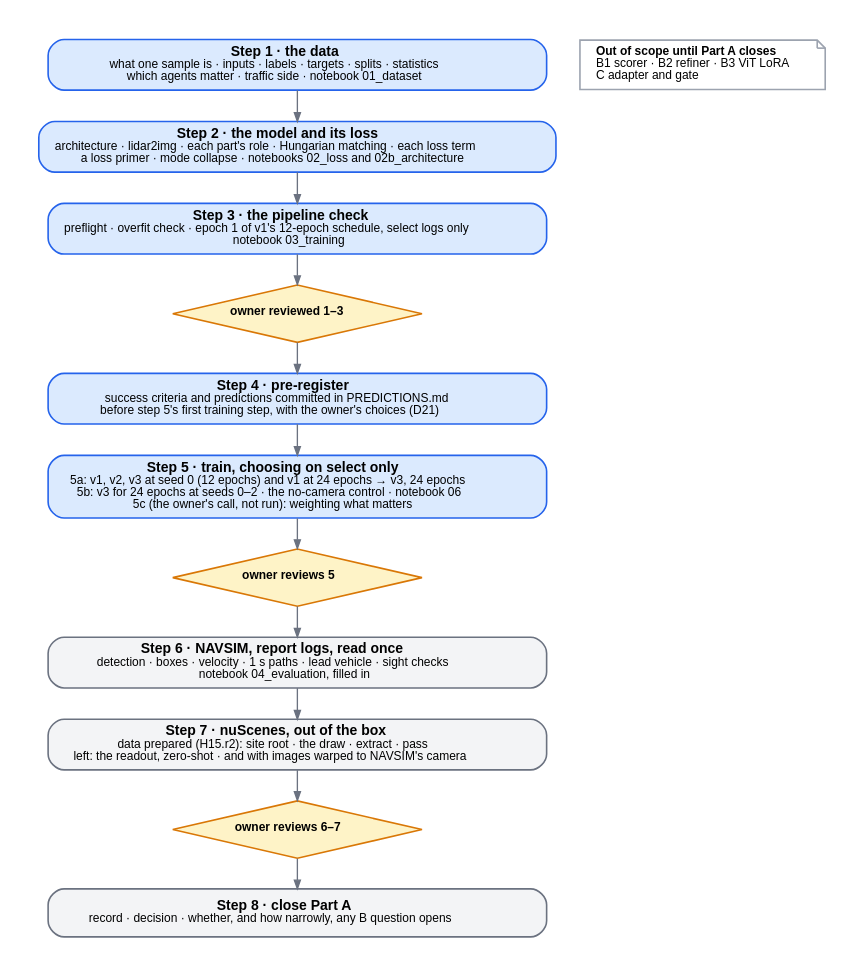
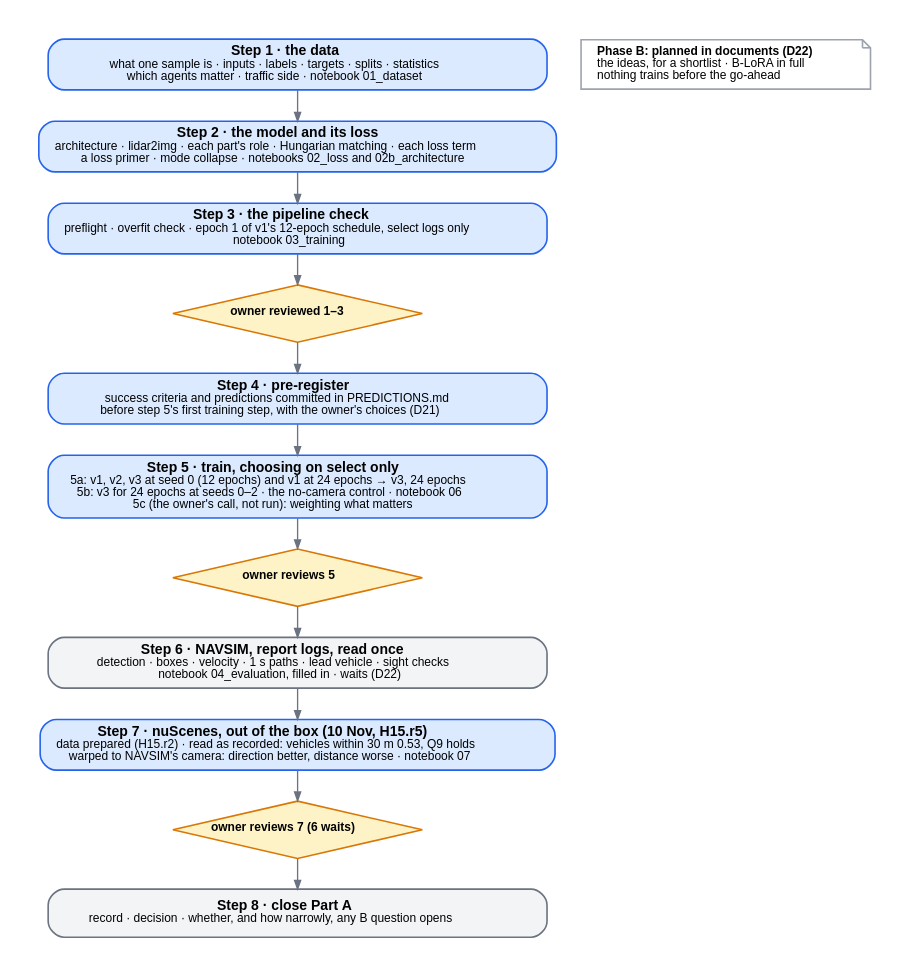
The diagram in experiments/H15_perception_sidecar/figures/part-a-steps.dot (FastCodeAI/Gallops), drawn with Graphviz before and after one commit. The commit also changed 22 other files, not shown here.

```diff
--- a/experiments/H15_perception_sidecar/figures/part-a-steps.dot
+++ b/experiments/H15_perception_sidecar/figures/part-a-steps.dot
@@ -1,37 +1,38 @@
 // H15 rerun, Part A: the side-car alone, in eight steps, each closed by a review before the next opens.
-// Blue: done (steps 1-5, 4 Nov). Grey: not yet run. Amber diamonds: reviews.
+// Blue: done (steps 1-5, 4 Nov; step 7, 10 Nov). Grey: not yet run. Amber diamonds: reviews.
 // Render: dot -Tsvg part-a-steps.dot -o part-a-steps.svg && dot -Tpng:cairo -Gdpi=192 part-a-steps.dot -o part-a-steps.png
 // (not rsvg-convert: version 2.50 drops the space after a bold run)
 digraph part_a_steps {
   graph [rankdir=TB, fontname="Helvetica", nodesep=0.35, ranksep=0.32, pad=0.3, bgcolor="white"];
   node  [shape=box, style="rounded,filled", fontname="Helvetica", fontsize=10.5, penwidth=1.2,
          color="#6b7280", fillcolor="#f3f4f6", margin="0.16,0.07", width=5.2];
   edge  [color="#6b7280", arrowsize=0.65, penwidth=1.0, fontname="Helvetica", fontsize=9];
 
   S1 [label=<<B>Step 1 · the data</B><BR/><FONT POINT-SIZE="9">what one sample is · inputs · labels · targets · splits · statistics<BR/>which agents matter · traffic side · notebook 01_dataset</FONT>>,
       color="#2563eb", fillcolor="#dbeafe"];
   S2 [label=<<B>Step 2 · the model and its loss</B><BR/><FONT POINT-SIZE="9">architecture · lidar2img · each part's role · Hungarian matching · each loss term<BR/>a loss primer · mode collapse · notebooks 02_loss and 02b_architecture</FONT>>,
       color="#2563eb", fillcolor="#dbeafe"];
   S3 [label=<<B>Step 3 · the pipeline check</B><BR/><FONT POINT-SIZE="9">preflight · overfit check · epoch 1 of v1's 12-epoch schedule, select logs only<BR/>notebook 03_training</FONT>>,
       color="#2563eb", fillcolor="#dbeafe"];
   R1 [shape=diamond, style="filled", width=2.6, height=0.6, fixedsize=true, color="#d97706", fillcolor="#fef3c7",
       label=<<FONT POINT-SIZE="9.5"><B>owner reviewed 1–3</B></FONT>>];
   S4 [label=<<B>Step 4 · pre-register</B><BR/><FONT POINT-SIZE="9">success criteria and predictions committed in PREDICTIONS.md<BR/>before step 5's first training step, with the owner's choices (D21)</FONT>>,
       color="#2563eb", fillcolor="#dbeafe"];
   S5 [label=<<B>Step 5 · train, choosing on select only</B><BR/><FONT POINT-SIZE="9">5a: v1, v2, v3 at seed 0 (12 epochs) and v1 at 24 epochs → v3, 24 epochs<BR/>5b: v3 for 24 epochs at seeds 0–2 · the no-camera control · notebook 06<BR/>5c (the owner's call, not run): weighting what matters</FONT>>,
       color="#2563eb", fillcolor="#dbeafe"];
   R2 [shape=diamond, style="filled", width=2.6, height=0.6, fixedsize=true, color="#d97706", fillcolor="#fef3c7",
       label=<<FONT POINT-SIZE="9.5"><B>owner reviews 5</B></FONT>>];
-  S6 [label=<<B>Step 6 · NAVSIM, report logs, read once</B><BR/><FONT POINT-SIZE="9">detection · boxes · velocity · 1 s paths · lead vehicle · sight checks<BR/>notebook 04_evaluation, filled in</FONT>>];
-  S7 [label=<<B>Step 7 · nuScenes, out of the box</B><BR/><FONT POINT-SIZE="9">data prepared (H15.r2): site root · the draw · extract · pass<BR/>left: the readout, zero-shot · and with images warped to NAVSIM's camera</FONT>>];
+  S6 [label=<<B>Step 6 · NAVSIM, report logs, read once</B><BR/><FONT POINT-SIZE="9">detection · boxes · velocity · 1 s paths · lead vehicle · sight checks<BR/>notebook 04_evaluation, filled in · waits (D22)</FONT>>];
+  S7 [label=<<B>Step 7 · nuScenes, out of the box (10 Nov, H15.r5)</B><BR/><FONT POINT-SIZE="9">data prepared (H15.r2) · read as recorded: vehicles within 30 m 0.53, Q9 holds<BR/>warped to NAVSIM's camera: direction better, distance worse · notebook 07</FONT>>,
+      color="#2563eb", fillcolor="#dbeafe"];
   R3 [shape=diamond, style="filled", width=2.6, height=0.6, fixedsize=true, color="#d97706", fillcolor="#fef3c7",
-      label=<<FONT POINT-SIZE="9.5"><B>owner reviews 6–7</B></FONT>>];
+      label=<<FONT POINT-SIZE="9.5"><B>owner reviews 7 (6 waits)</B></FONT>>];
   S8 [label=<<B>Step 8 · close Part A</B><BR/><FONT POINT-SIZE="9">record · decision · whether, and how narrowly, any B question opens</FONT>>];
 
   S1 -> S2 -> S3 -> R1 -> S4 -> S5 -> R2 -> S6 -> S7 -> R3 -> S8;
 
   NOTE [shape=note, style="filled", fillcolor="white", color="#9ca3af", fontsize=9, width=2.4,
-        label=<<B>Out of scope until Part A closes</B><BR ALIGN="LEFT"/>B1 scorer · B2 refiner · B3 ViT LoRA<BR ALIGN="LEFT"/>C adapter and gate<BR ALIGN="LEFT"/>>];
+        label=<<B>Phase B: planned in documents (D22)</B><BR ALIGN="LEFT"/>the ideas, for a shortlist · B-LoRA in full<BR ALIGN="LEFT"/>nothing trains before the go-ahead<BR ALIGN="LEFT"/>>];
   edge [style=invis]; S1 -> NOTE;
   {rank=same; S1; NOTE;}
 }
```
